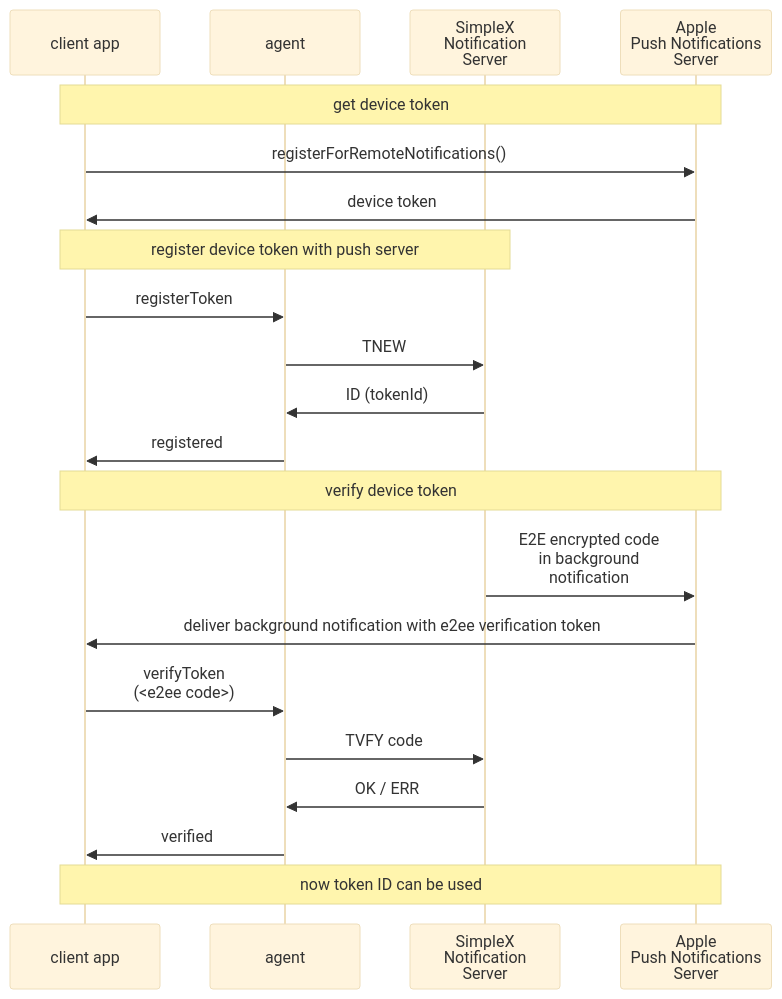
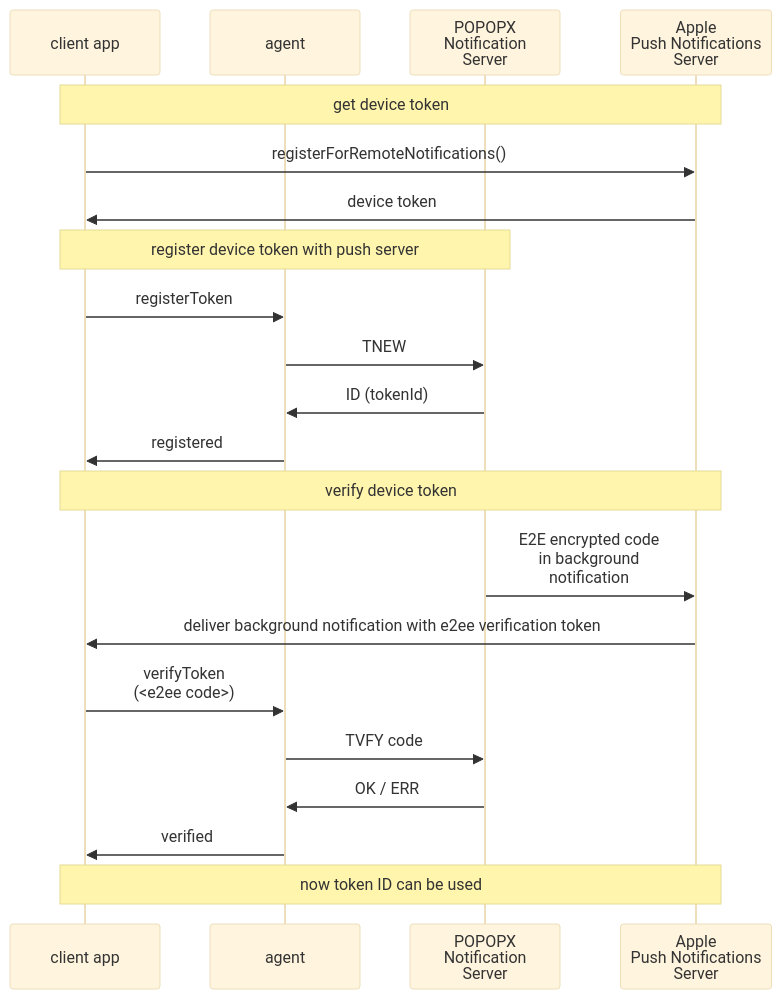
Before and after one commit to popopx/popopxmq: the diagram in protocol/diagrams/notifications/register-token.mmd, drawn with Mermaid (base theme). The commit also changed 97 other files, not shown here.

```diff
--- a/protocol/diagrams/notifications/register-token.mmd
+++ b/protocol/diagrams/notifications/register-token.mmd
@@ -1,25 +1,25 @@
 sequenceDiagram
   participant C as client app
   participant A as agent
-  participant P as SimpleX<br>Notification<br>Server
+  participant P as POPOPX<br>Notification<br>Server
   participant APN as Apple<br>Push Notifications<br>Server
 
   note over C, APN: get device token
   C ->> APN: registerForRemoteNotifications()
   APN ->> C: device token
 
   note over C, P: register device token with push server
   C ->> A: registerToken
   A ->> P: TNEW
   P ->> A: ID (tokenId)
   A ->> C: registered
 
   note over C, APN: verify device token
   P ->> APN: E2E encrypted code<br>in background<br>notification
   APN ->> C: deliver background notification with e2ee verification token
   C ->> A: verifyToken<br>(<e2ee code>)
   A ->> P: TVFY code
   P ->> A: OK / ERR
   A ->> C: verified
 
   note over C, APN: now token ID can be used
```
